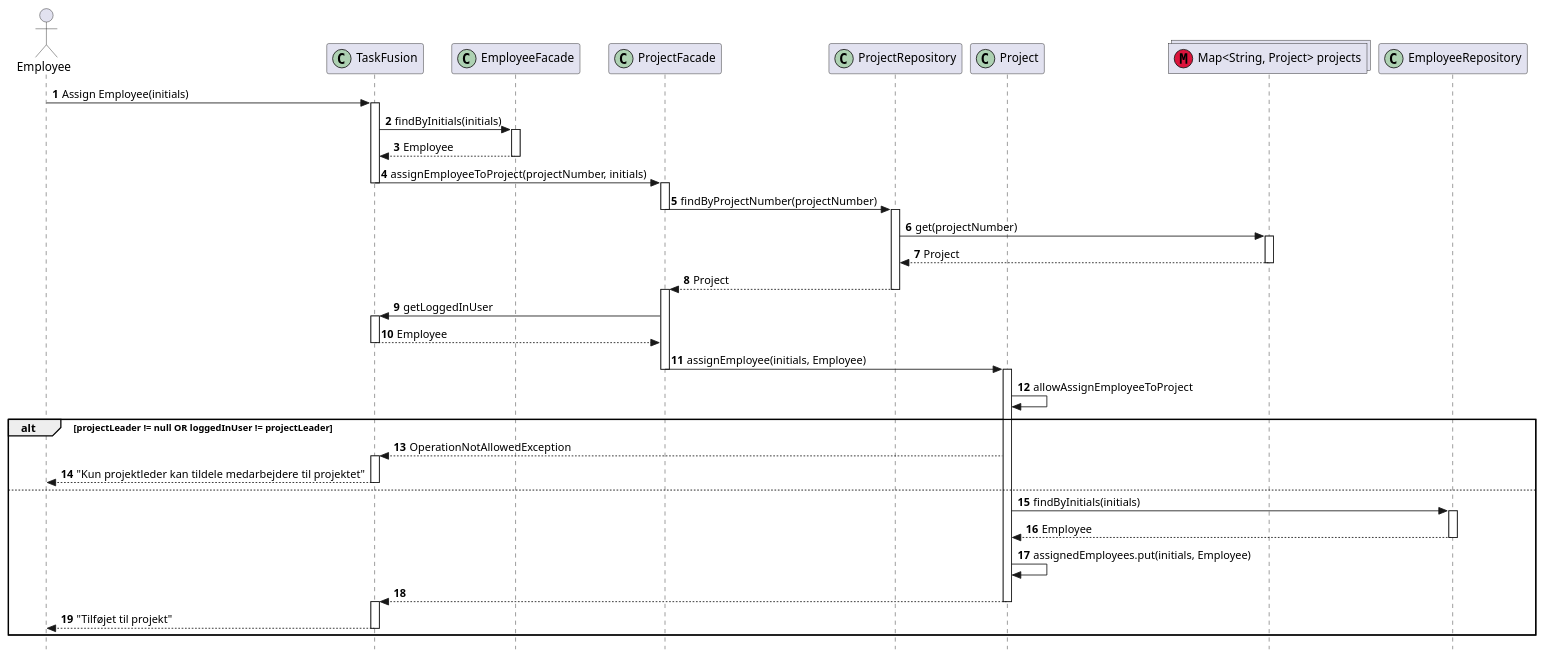
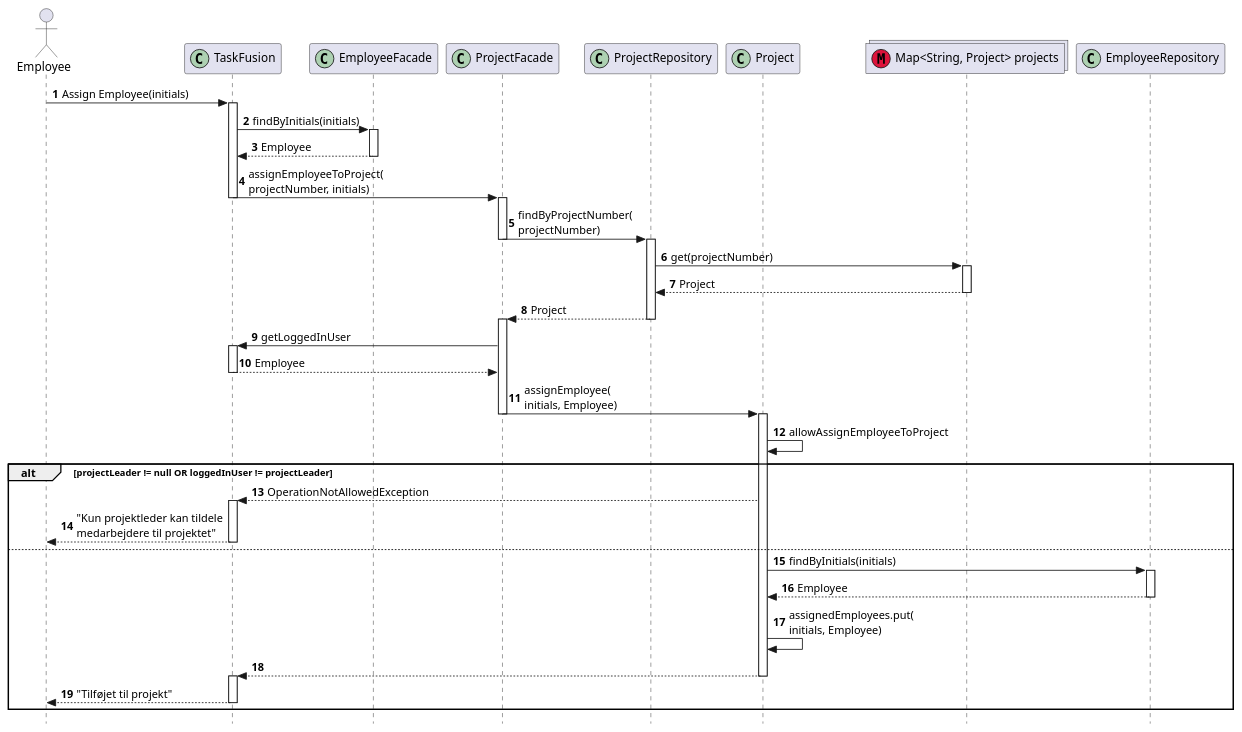
The diagram in RequirementsAndDesign/SequenceDiagrams/assignEmployee.puml (rwiuff/02161ExamProject), drawn with PlantUML before and after one commit. The commit also changed 23 other files, not shown here.

```diff
--- a/RequirementsAndDesign/SequenceDiagrams/assignEmployee.puml
+++ b/RequirementsAndDesign/SequenceDiagrams/assignEmployee.puml
@@ -1,36 +1,36 @@
 @startuml seqAssignEmployee
 autonumber
 hide footbox
 skinparam style strictuml
 hide unlinked
 actor "Employee" as pl
 participant "TaskFusion" as app << (C,#ADD1B2) >>
 participant "EmployeeFacade" as empfacade << (C,#ADD1B2) >>
 participant "ProjectFacade" as projfacade << (C,#ADD1B2) >>
 participant "ProjectRepository" as projrepo << (C,#ADD1B2) >>
 participant "Project" as project << (C,#ADD1B2) >>
 collections "Map<String, Project> projects" as projects << (M,Crimson) >>
 participant "EmployeeRepository" as emprepo << (C,#ADD1B2) >>
 pl -> app++: Assign Employee(initials)
 app -> empfacade++: findByInitials(initials)
 empfacade --> app--: Employee
-app -> projfacade--++: assignEmployeeToProject(projectNumber, initials)
-projfacade -> projrepo--++: findByProjectNumber(projectNumber)
+app -> projfacade--++: assignEmployeeToProject(\nprojectNumber, initials)
+projfacade -> projrepo--++: findByProjectNumber(\nprojectNumber)
 projrepo -> projects++: get(projectNumber)
 projects --> projrepo--: Project
 projrepo --> projfacade--++: Project
 projfacade -> app++: getLoggedInUser
 app --> projfacade--: Employee
-projfacade -> project --++: assignEmployee(initials, Employee)
+projfacade -> project --++: assignEmployee(\ninitials, Employee)
 project -> project: allowAssignEmployeeToProject
 alt projectLeader != null OR loggedInUser != projectLeader
     project --> app++: OperationNotAllowedException
-    app --> pl--: "Kun projektleder kan tildele medarbejdere til projektet"
+    app --> pl--: "Kun projektleder kan tildele\nmedarbejdere til projektet"
 else
     project -> emprepo++: findByInitials(initials)
     emprepo --> project--: Employee
-    project -> project: assignedEmployees.put(initials, Employee)
+    project -> project: assignedEmployees.put(\ninitials, Employee)
     project --> app--++
     app --> pl--: "Tilføjet til projekt"
 end
 @enduml
```
